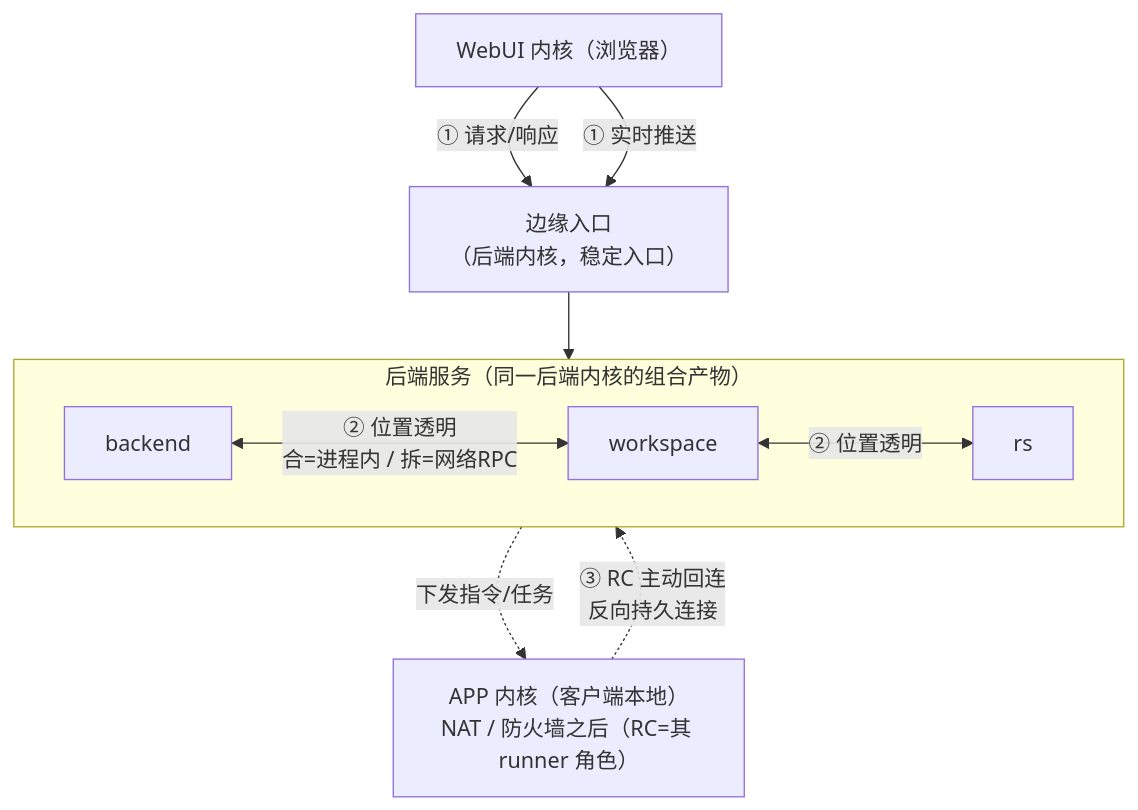
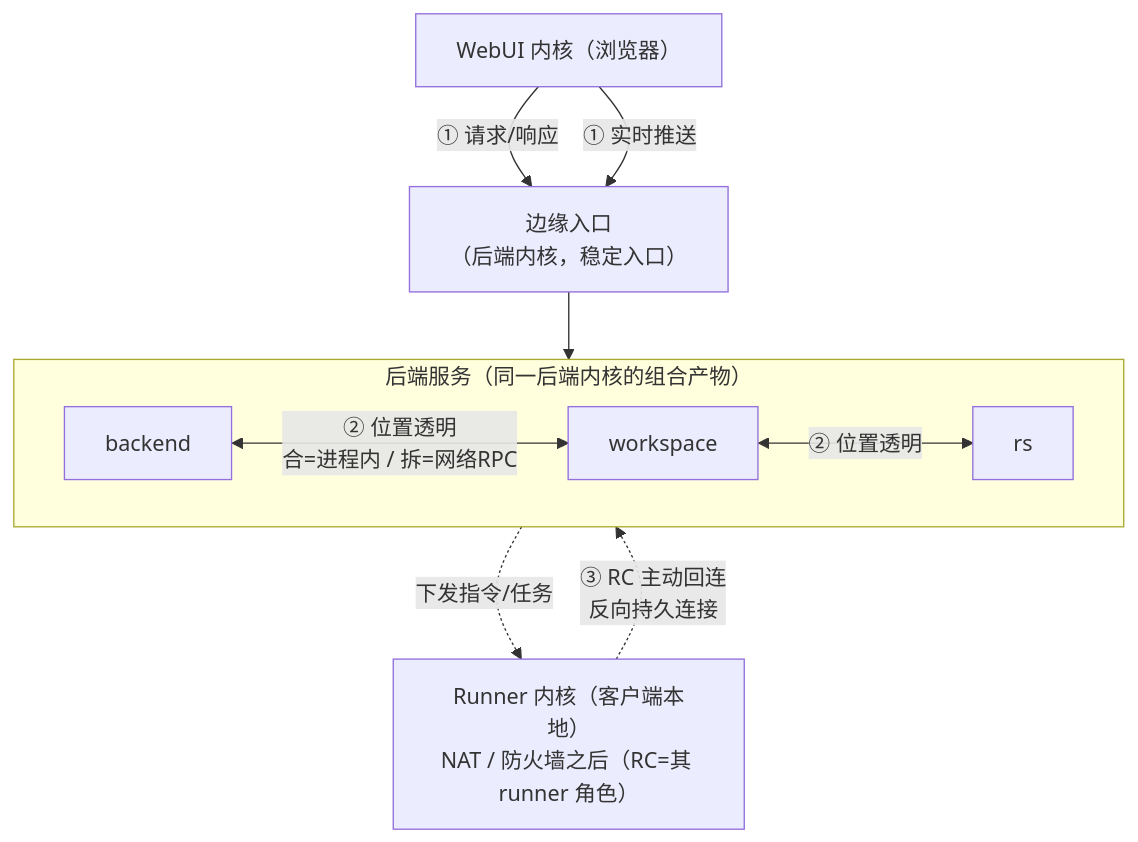
The third of 5 diagrams in docs/dev/architecture/系统架构.md (yandt/VastPlan), drawn with Mermaid before and after one commit. The commit also changed other lines of this file and 6 other files, not shown here.

````diff
--- a/docs/dev/architecture/系统架构.md
+++ b/docs/dev/architecture/系统架构.md
@@ -172,23 +179,23 @@
 ```mermaid
 flowchart TB
   WebUI["WebUI 内核（浏览器）"]
   Edge["边缘入口<br/>（后端内核，稳定入口）"]
 
   WebUI -->|① 请求/响应| Edge
   WebUI -->|① 实时推送| Edge
 
   subgraph BE["后端服务（同一后端内核的组合产物）"]
     direction LR
     backend["backend"]
     workspace["workspace"]
     rs["rs"]
     backend <-->|② 位置透明<br/>合=进程内 / 拆=网络RPC| workspace
     workspace <-->|② 位置透明| rs
   end
 
   Edge --> BE
 
-  RC["APP 内核（客户端本地）<br/>NAT / 防火墙之后（RC=其 runner 角色）"]
+  RC["Runner 内核（客户端本地）<br/>NAT / 防火墙之后（RC=其 runner 角色）"]
   RC -.->|③ RC 主动回连<br/>反向持久连接| rs
   rs -.->|下发指令/任务| RC
 ```
````
